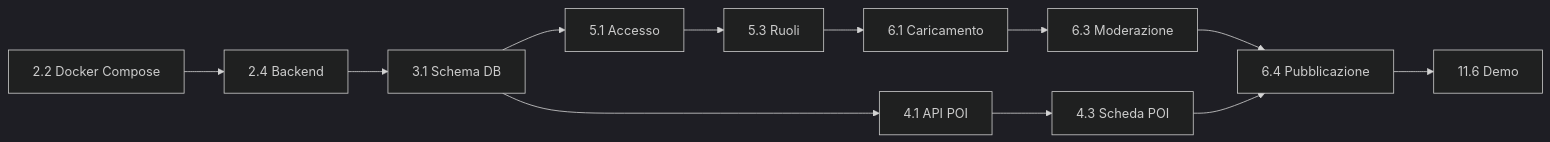
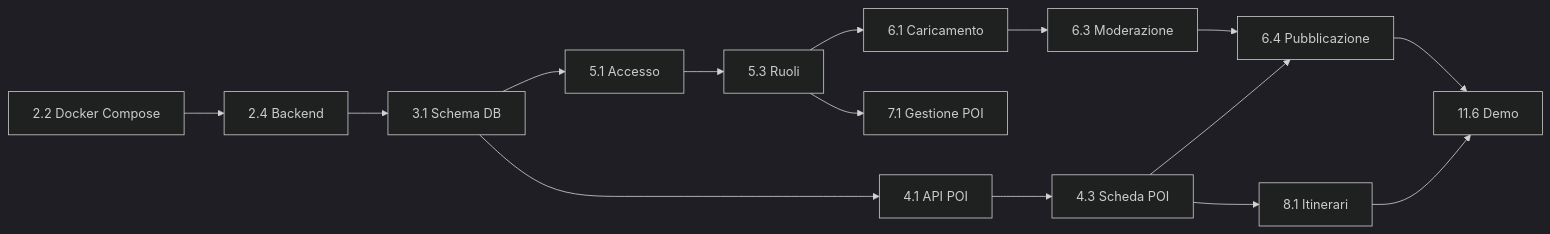
One commit to bulla06/Ing-software-prog-discover-tridentum. changed the third of 4 diagrams in docs/fase-4-pianificazione.md. Above: the diagram before and after it, drawn with Mermaid (dark theme). The commit also changed other lines of this file and 3 other files, not shown here.

````diff
--- a/docs/fase-4-pianificazione.md
+++ b/docs/fase-4-pianificazione.md
@@ -231,14 +270,17 @@
 ```mermaid
 flowchart LR
     A["2.2 Docker Compose"] --> B["2.4 Backend"]
     B --> C["3.1 Schema DB"]
     C --> D["4.1 API POI"]
     D --> E["4.3 Scheda POI"]
+    E --> H["8.1 Itinerari"]
     C --> F["5.1 Accesso"]
     F --> G["5.3 Ruoli"]
-    G --> H["6.1 Caricamento"]
-    H --> I["6.3 Moderazione"]
-    I --> J["6.4 Pubblicazione"]
-    E --> J
-    J --> K["11.6 Demo"]
+    G --> I["7.1 Gestione POI"]
+    G --> J["6.1 Caricamento"]
+    J --> K["6.3 Moderazione"]
+    K --> L["6.4 Pubblicazione"]
+    E --> L
+    L --> M["11.6 Demo"]
+    H --> M
 ```
````
